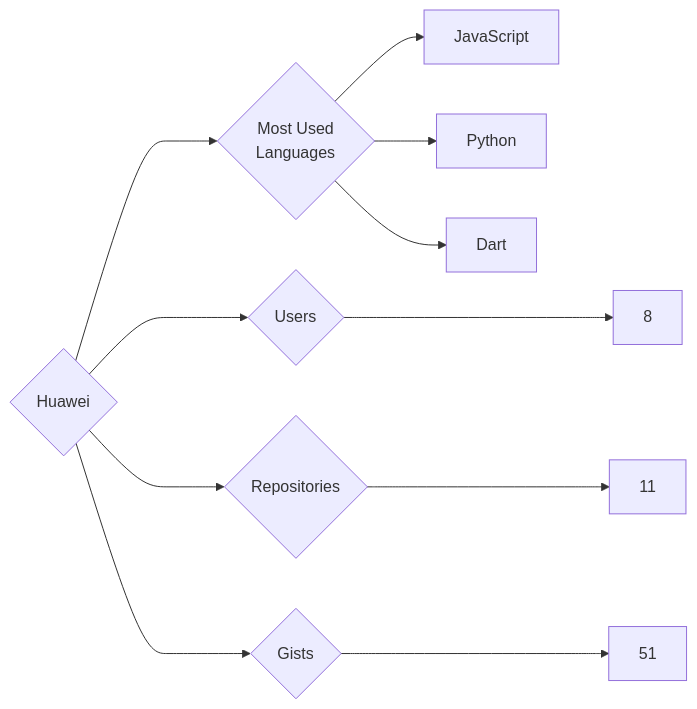
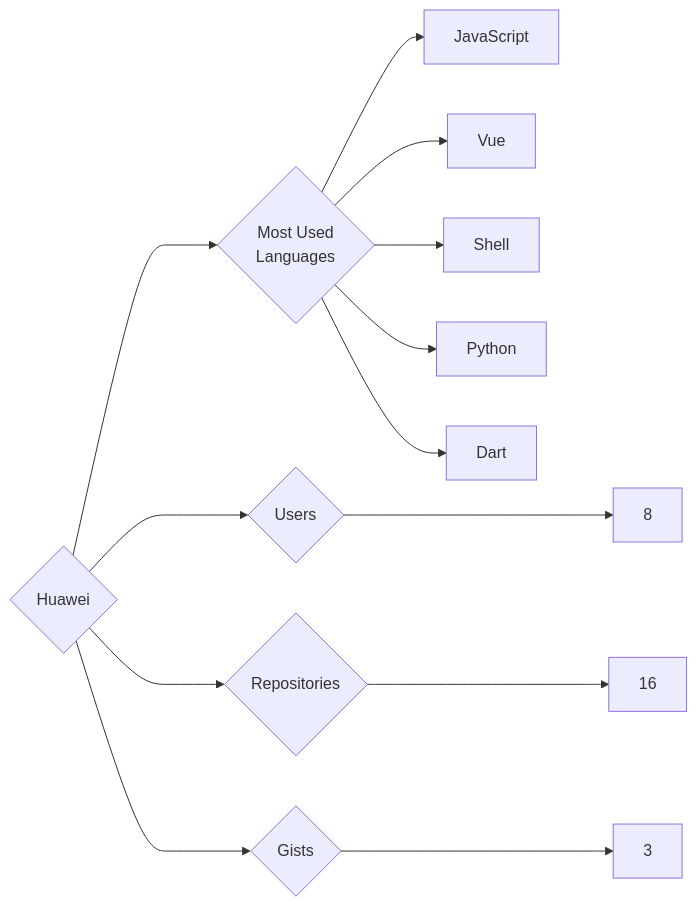
The diagram in targets/Huawei/README.md (trickest/insiders), drawn with Mermaid before and after one commit. The commit also changed 1092 other files, not shown here.

````diff
--- a/targets/Huawei/README.md
+++ b/targets/Huawei/README.md
@@ -3,11 +3,13 @@
 ```mermaid
 graph LR
 COMPANY_NAME{Huawei}
 COMPANY_NAME ---> U{Users} ---> UN[8]
-COMPANY_NAME ---> R{Repositories} ---> RN[11]
-COMPANY_NAME ---> G{Gists} ---> GN[51]
+COMPANY_NAME ---> R{Repositories} ---> RN[16]
+COMPANY_NAME ---> G{Gists} ---> GN[3]
 COMPANY_NAME ---> ML{Most Used<br>Languages}
 ML --> JavaScript[JavaScript]
+ML --> Vue[Vue]
+ML --> Shell[Shell]
 ML --> Python[Python]
 ML --> Dart[Dart]
 ```
````
